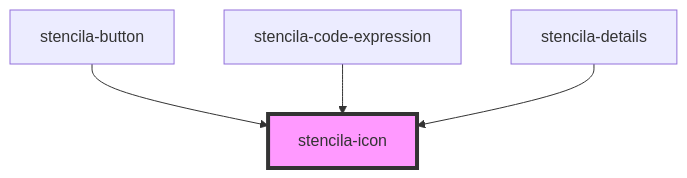
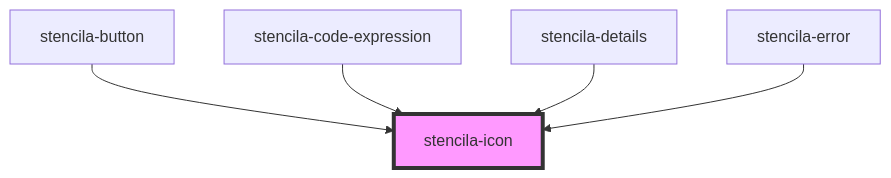
The diagram in packages/components/src/components/icon/readme.md (stencila/designa), drawn with Mermaid before and after one commit. The commit also changed other lines of this file and 13 other files, not shown here.

````diff
--- a/packages/components/src/components/icon/readme.md
+++ b/packages/components/src/components/icon/readme.md
@@ -22,7 +23,8 @@
 ```mermaid
 graph TD;
   stencila-button --> stencila-icon
   stencila-code-expression --> stencila-icon
   stencila-details --> stencila-icon
+  stencila-error --> stencila-icon
   style stencila-icon fill:#f9f,stroke:#333,stroke-width:4px
 ```
````
